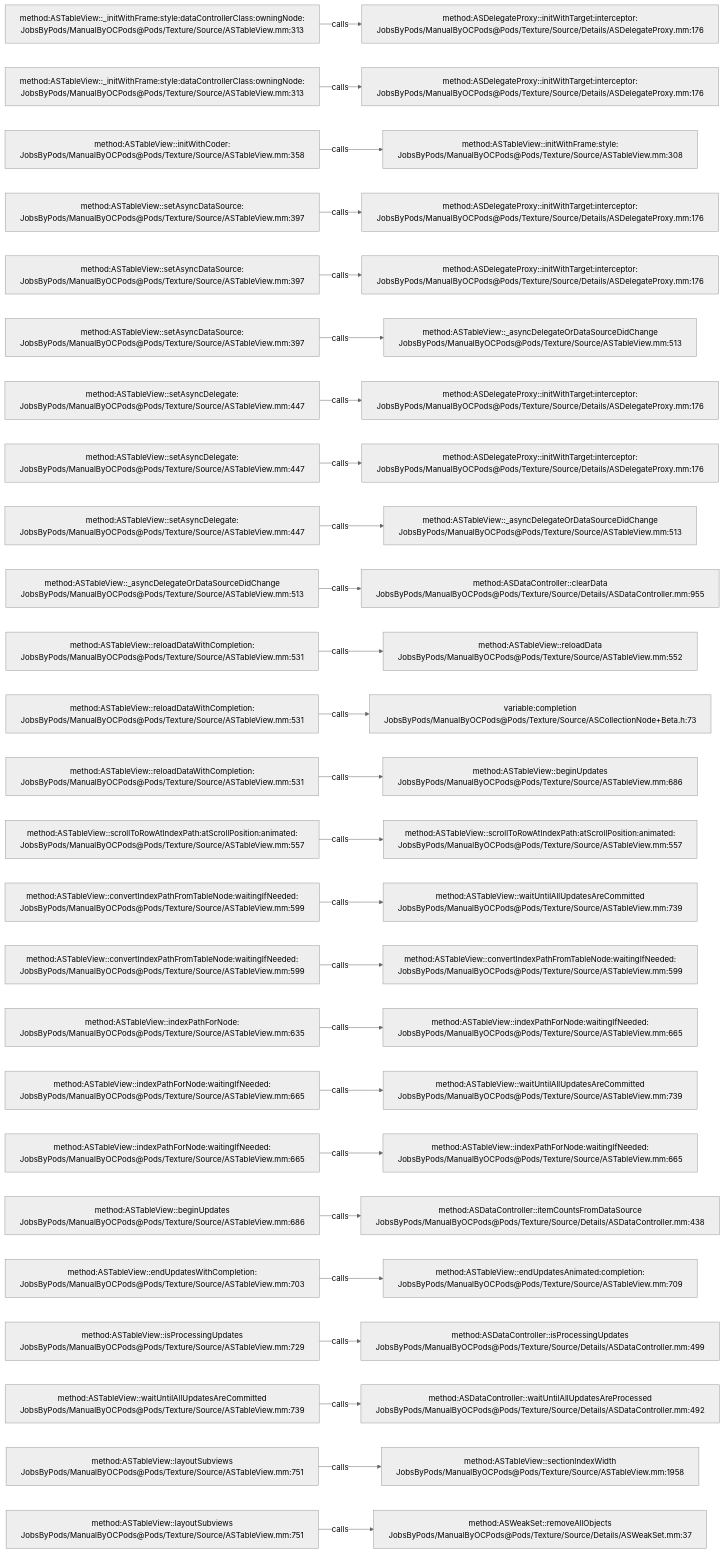
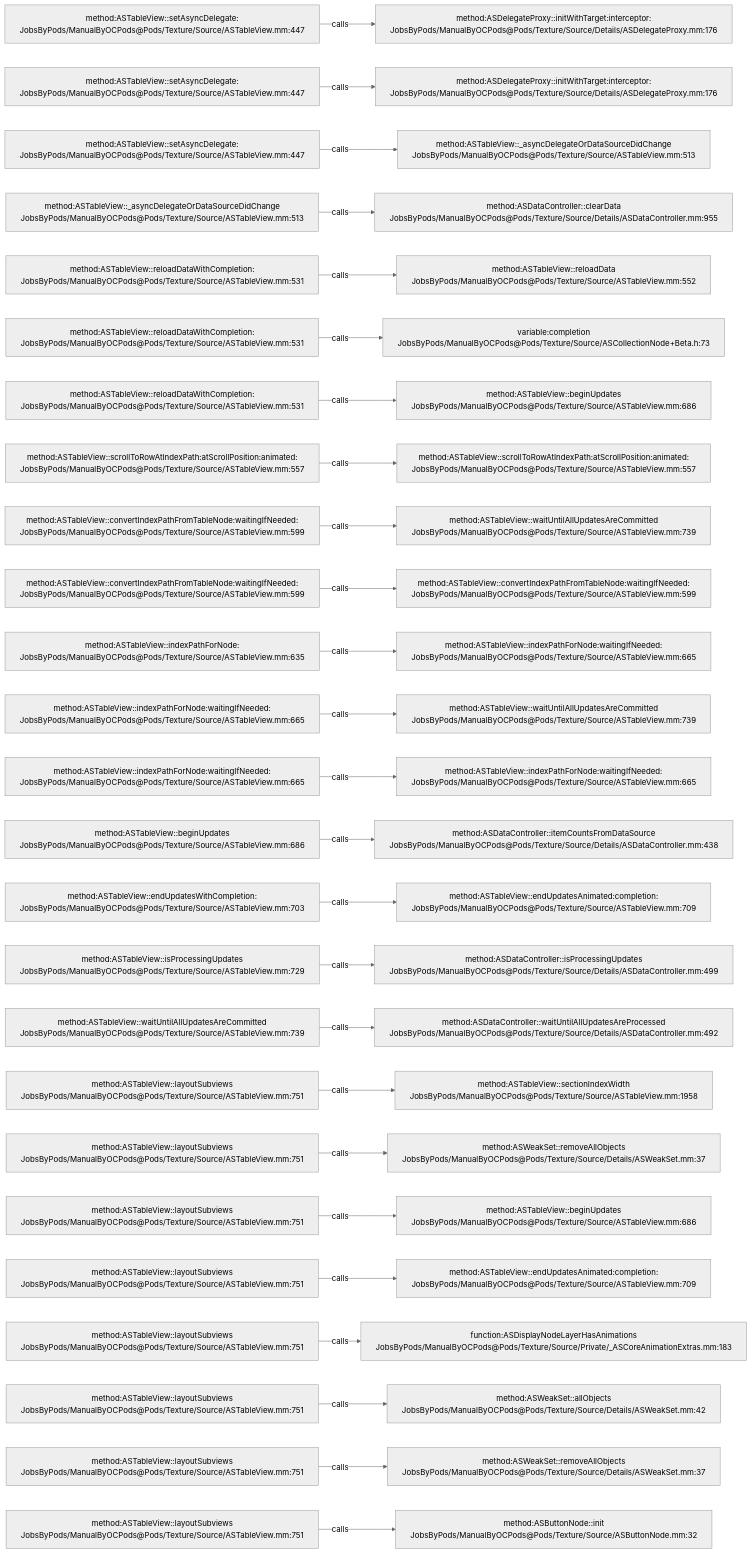
One commit to JobsKits/JobsOCBaseConfigDemo changed the diagram in .codegraph/codegraph.md/graphs/calls-119.md. Above: the diagram before and after it, drawn with Mermaid (neutral theme). The commit also changed 666 other files, not shown here.

````diff
--- a/.codegraph/codegraph.md/graphs/calls-119.md
+++ b/.codegraph/codegraph.md/graphs/calls-119.md
@@ -13,78 +13,78 @@
 ```mermaid
 flowchart LR
-  S1["method:ASTableView::_initWithFrame:style:dataControllerClass:owningNode:<br/>JobsByPods/ManualByOCPods@Pods/Texture/Source/ASTableView.mm:313"]
+  S1["method:ASTableView::setAsyncDelegate:<br/>JobsByPods/ManualByOCPods@Pods/Texture/Source/ASTableView.mm:447"]
   T1["method:ASDelegateProxy::initWithTarget:interceptor:<br/>JobsByPods/ManualByOCPods@Pods/Texture/Source/Details/ASDelegateProxy.mm:176"]
   S1 -->|calls| T1
-  S2["method:ASTableView::_initWithFrame:style:dataControllerClass:owningNode:<br/>JobsByPods/ManualByOCPods@Pods/Texture/Source/ASTableView.mm:313"]
+  S2["method:ASTableView::setAsyncDelegate:<br/>JobsByPods/ManualByOCPods@Pods/Texture/Source/ASTableView.mm:447"]
   T2["method:ASDelegateProxy::initWithTarget:interceptor:<br/>JobsByPods/ManualByOCPods@Pods/Texture/Source/Details/ASDelegateProxy.mm:176"]
   S2 -->|calls| T2
-  S3["method:ASTableView::initWithCoder:<br/>JobsByPods/ManualByOCPods@Pods/Texture/Source/ASTableView.mm:358"]
-  T3["method:ASTableView::initWithFrame:style:<br/>JobsByPods/ManualByOCPods@Pods/Texture/Source/ASTableView.mm:308"]
+  S3["method:ASTableView::setAsyncDelegate:<br/>JobsByPods/ManualByOCPods@Pods/Texture/Source/ASTableView.mm:447"]
+  T3["method:ASTableView::_asyncDelegateOrDataSourceDidChange<br/>JobsByPods/ManualByOCPods@Pods/Texture/Source/ASTableView.mm:513"]
   S3 -->|calls| T3
-  S4["method:ASTableView::setAsyncDataSource:<br/>JobsByPods/ManualByOCPods@Pods/Texture/Source/ASTableView.mm:397"]
-  T4["method:ASDelegateProxy::initWithTarget:interceptor:<br/>JobsByPods/ManualByOCPods@Pods/Texture/Source/Details/ASDelegateProxy.mm:176"]
+  S4["method:ASTableView::_asyncDelegateOrDataSourceDidChange<br/>JobsByPods/ManualByOCPods@Pods/Texture/Source/ASTableView.mm:513"]
+  T4["method:ASDataController::clearData<br/>JobsByPods/ManualByOCPods@Pods/Texture/Source/Details/ASDataController.mm:955"]
   S4 -->|calls| T4
-  S5["method:ASTableView::setAsyncDataSource:<br/>JobsByPods/ManualByOCPods@Pods/Texture/Source/ASTableView.mm:397"]
-  T5["method:ASDelegateProxy::initWithTarget:interceptor:<br/>JobsByPods/ManualByOCPods@Pods/Texture/Source/Details/ASDelegateProxy.mm:176"]
+  S5["method:ASTableView::reloadDataWithCompletion:<br/>JobsByPods/ManualByOCPods@Pods/Texture/Source/ASTableView.mm:531"]
+  T5["method:ASTableView::reloadData<br/>JobsByPods/ManualByOCPods@Pods/Texture/Source/ASTableView.mm:552"]
   S5 -->|calls| T5
-  S6["method:ASTableView::setAsyncDataSource:<br/>JobsByPods/ManualByOCPods@Pods/Texture/Source/ASTableView.mm:397"]
-  T6["method:ASTableView::_asyncDelegateOrDataSourceDidChange<br/>JobsByPods/ManualByOCPods@Pods/Texture/Source/ASTableView.mm:513"]
+  S6["method:ASTableView::reloadDataWithCompletion:<br/>JobsByPods/ManualByOCPods@Pods/Texture/Source/ASTableView.mm:531"]
+  T6["variable:completion<br/>JobsByPods/ManualByOCPods@Pods/Texture/Source/ASCollectionNode+Beta.h:73"]
   S6 -->|calls| T6
-  S7["method:ASTableView::setAsyncDelegate:<br/>JobsByPods/ManualByOCPods@Pods/Texture/Source/ASTableView.mm:447"]
-  T7["method:ASDelegateProxy::initWithTarget:interceptor:<br/>JobsByPods/ManualByOCPods@Pods/Texture/Source/Details/ASDelegateProxy.mm:176"]
+  S7["method:ASTableView::reloadDataWithCompletion:<br/>JobsByPods/ManualByOCPods@Pods/Texture/Source/ASTableView.mm:531"]
+  T7["method:ASTableView::beginUpdates<br/>JobsByPods/ManualByOCPods@Pods/Texture/Source/ASTableView.mm:686"]
   S7 -->|calls| T7
-  S8["method:ASTableView::setAsyncDelegate:<br/>JobsByPods/ManualByOCPods@Pods/Texture/Source/ASTableView.mm:447"]
-  T8["method:ASDelegateProxy::initWithTarget:interceptor:<br/>JobsByPods/ManualByOCPods@Pods/Texture/Source/Details/ASDelegateProxy.mm:176"]
+  S8["method:ASTableView::scrollToRowAtIndexPath:atScrollPosition:animated:<br/>JobsByPods/ManualByOCPods@Pods/Texture/Source/ASTableView.mm:557"]
+  T8["method:ASTableView::scrollToRowAtIndexPath:atScrollPosition:animated:<br/>JobsByPods/ManualByOCPods@Pods/Texture/Source/ASTableView.mm:557"]
   S8 -->|calls| T8
-  S9["method:ASTableView::setAsyncDelegate:<br/>JobsByPods/ManualByOCPods@Pods/Texture/Source/ASTableView.mm:447"]
-  T9["method:ASTableView::_asyncDelegateOrDataSourceDidChange<br/>JobsByPods/ManualByOCPods@Pods/Texture/Source/ASTableView.mm:513"]
+  S9["method:ASTableView::convertIndexPathFromTableNode:waitingIfNeeded:<br/>JobsByPods/ManualByOCPods@Pods/Texture/Source/ASTableView.mm:599"]
+  T9["method:ASTableView::waitUntilAllUpdatesAreCommitted<br/>JobsByPods/ManualByOCPods@Pods/Texture/Source/ASTableView.mm:739"]
   S9 -->|calls| T9
-  S10["method:ASTableView::_asyncDelegateOrDataSourceDidChange<br/>JobsByPods/ManualByOCPods@Pods/Texture/Source/ASTableView.mm:513"]
-  T10["method:ASDataController::clearData<br/>JobsByPods/ManualByOCPods@Pods/Texture/Source/Details/ASDataController.mm:955"]
+  S10["method:ASTableView::convertIndexPathFromTableNode:waitingIfNeeded:<br/>JobsByPods/ManualByOCPods@Pods/Texture/Source/ASTableView.mm:599"]
+  T10["method:ASTableView::convertIndexPathFromTableNode:waitingIfNeeded:<br/>JobsByPods/ManualByOCPods@Pods/Texture/Source/ASTableView.mm:599"]
   S10 -->|calls| T10
-  S11["method:ASTableView::reloadDataWithCompletion:<br/>JobsByPods/ManualByOCPods@Pods/Texture/Source/ASTableView.mm:531"]
-  T11["method:ASTableView::reloadData<br/>JobsByPods/ManualByOCPods@Pods/Texture/Source/ASTableView.mm:552"]
+  S11["method:ASTableView::indexPathForNode:<br/>JobsByPods/ManualByOCPods@Pods/Texture/Source/ASTableView.mm:635"]
+  T11["method:ASTableView::indexPathForNode:waitingIfNeeded:<br/>JobsByPods/ManualByOCPods@Pods/Texture/Source/ASTableView.mm:665"]
   S11 -->|calls| T11
-  S12["method:ASTableView::reloadDataWithCompletion:<br/>JobsByPods/ManualByOCPods@Pods/Texture/Source/ASTableView.mm:531"]
-  T12["variable:completion<br/>JobsByPods/ManualByOCPods@Pods/Texture/Source/ASCollectionNode+Beta.h:73"]
+  S12["method:ASTableView::indexPathForNode:waitingIfNeeded:<br/>JobsByPods/ManualByOCPods@Pods/Texture/Source/ASTableView.mm:665"]
+  T12["method:ASTableView::waitUntilAllUpdatesAreCommitted<br/>JobsByPods/ManualByOCPods@Pods/Texture/Source/ASTableView.mm:739"]
   S12 -->|calls| T12
-  S13["method:ASTableView::reloadDataWithCompletion:<br/>JobsByPods/ManualByOCPods@Pods/Texture/Source/ASTableView.mm:531"]
-  T13["method:ASTableView::beginUpdates<br/>JobsByPods/ManualByOCPods@Pods/Texture/Source/ASTableView.mm:686"]
+  S13["method:ASTableView::indexPathForNode:waitingIfNeeded:<br/>JobsByPods/ManualByOCPods@Pods/Texture/Source/ASTableView.mm:665"]
+  T13["method:ASTableView::indexPathForNode:waitingIfNeeded:<br/>JobsByPods/ManualByOCPods@Pods/Texture/Source/ASTableView.mm:665"]
   S13 -->|calls| T13
-  S14["method:ASTableView::scrollToRowAtIndexPath:atScrollPosition:animated:<br/>JobsByPods/ManualByOCPods@Pods/Texture/Source/ASTableView.mm:557"]
-  T14["method:ASTableView::scrollToRowAtIndexPath:atScrollPosition:animated:<br/>JobsByPods/ManualByOCPods@Pods/Texture/Source/ASTableView.mm:557"]
+  S14["method:ASTableView::beginUpdates<br/>JobsByPods/ManualByOCPods@Pods/Texture/Source/ASTableView.mm:686"]
+  T14["method:ASDataController::itemCountsFromDataSource<br/>JobsByPods/ManualByOCPods@Pods/Texture/Source/Details/ASDataController.mm:438"]
   S14 -->|calls| T14
-  S15["method:ASTableView::convertIndexPathFromTableNode:waitingIfNeeded:<br/>JobsByPods/ManualByOCPods@Pods/Texture/Source/ASTableView.mm:599"]
-  T15["method:ASTableView::waitUntilAllUpdatesAreCommitted<br/>JobsByPods/ManualByOCPods@Pods/Texture/Source/ASTableView.mm:739"]
+  S15["method:ASTableView::endUpdatesWithCompletion:<br/>JobsByPods/ManualByOCPods@Pods/Texture/Source/ASTableView.mm:703"]
+  T15["method:ASTableView::endUpdatesAnimated:completion:<br/>JobsByPods/ManualByOCPods@Pods/Texture/Source/ASTableView.mm:709"]
   S15 -->|calls| T15
-  S16["method:ASTableView::convertIndexPathFromTableNode:waitingIfNeeded:<br/>JobsByPods/ManualByOCPods@Pods/Texture/Source/ASTableView.mm:599"]
-  T16["method:ASTableView::convertIndexPathFromTableNode:waitingIfNeeded:<br/>JobsByPods/ManualByOCPods@Pods/Texture/Source/ASTableView.mm:599"]
+  S16["method:ASTableView::isProcessingUpdates<br/>JobsByPods/ManualByOCPods@Pods/Texture/Source/ASTableView.mm:729"]
+  T16["method:ASDataController::isProcessingUpdates<br/>JobsByPods/ManualByOCPods@Pods/Texture/Source/Details/ASDataController.mm:499"]
   S16 -->|calls| T16
-  S17["method:ASTableView::indexPathForNode:<br/>JobsByPods/ManualByOCPods@Pods/Texture/Source/ASTableView.mm:635"]
-  T17["method:ASTableView::indexPathForNode:waitingIfNeeded:<br/>JobsByPods/ManualByOCPods@Pods/Texture/Source/ASTableView.mm:665"]
+  S17["method:ASTableView::waitUntilAllUpdatesAreCommitted<br/>JobsByPods/ManualByOCPods@Pods/Texture/Source/ASTableView.mm:739"]
+  T17["method:ASDataController::waitUntilAllUpdatesAreProcessed<br/>JobsByPods/ManualByOCPods@Pods/Texture/Source/Details/ASDataController.mm:492"]
   S17 -->|calls| T17
-  S18["method:ASTableView::indexPathForNode:waitingIfNeeded:<br/>JobsByPods/ManualByOCPods@Pods/Texture/Source/ASTableView.mm:665"]
-  T18["method:ASTableView::waitUntilAllUpdatesAreCommitted<br/>JobsByPods/ManualByOCPods@Pods/Texture/Source/ASTableView.mm:739"]
+  S18["method:ASTableView::layoutSubviews<br/>JobsByPods/ManualByOCPods@Pods/Texture/Source/ASTableView.mm:751"]
+  T18["method:ASTableView::sectionIndexWidth<br/>JobsByPods/ManualByOCPods@Pods/Texture/Source/ASTableView.mm:1958"]
   S18 -->|calls| T18
-  S19["method:ASTableView::indexPathForNode:waitingIfNeeded:<br/>JobsByPods/ManualByOCPods@Pods/Texture/Source/ASTableView.mm:665"]
-  T19["method:ASTableView::indexPathForNode:waitingIfNeeded:<br/>JobsByPods/ManualByOCPods@Pods/Texture/Source/ASTableView.mm:665"]
+  S19["method:ASTableView::layoutSubviews<br/>JobsByPods/ManualByOCPods@Pods/Texture/Source/ASTableView.mm:751"]
+  T19["method:ASWeakSet::removeAllObjects<br/>JobsByPods/ManualByOCPods@Pods/Texture/Source/Details/ASWeakSet.mm:37"]
   S19 -->|calls| T19
-  S20["method:ASTableView::beginUpdates<br/>JobsByPods/ManualByOCPods@Pods/Texture/Source/ASTableView.mm:686"]
-  T20["method:ASDataController::itemCountsFromDataSource<br/>JobsByPods/ManualByOCPods@Pods/Texture/Source/Details/ASDataController.mm:438"]
+  S20["method:ASTableView::layoutSubviews<br/>JobsByPods/ManualByOCPods@Pods/Texture/Source/ASTableView.mm:751"]
+  T20["method:ASTableView::beginUpdates<br/>JobsByPods/ManualByOCPods@Pods/Texture/Source/ASTableView.mm:686"]
   S20 -->|calls| T20
-  S21["method:ASTableView::endUpdatesWithCompletion:<br/>JobsByPods/ManualByOCPods@Pods/Texture/Source/ASTableView.mm:703"]
+  S21["method:ASTableView::layoutSubviews<br/>JobsByPods/ManualByOCPods@Pods/Texture/Source/ASTableView.mm:751"]
   T21["method:ASTableView::endUpdatesAnimated:completion:<br/>JobsByPods/ManualByOCPods@Pods/Texture/Source/ASTableView.mm:709"]
   S21 -->|calls| T21
-  S22["method:ASTableView::isProcessingUpdates<br/>JobsByPods/ManualByOCPods@Pods/Texture/Source/ASTableView.mm:729"]
-  T22["method:ASDataController::isProcessingUpdates<br/>JobsByPods/ManualByOCPods@Pods/Texture/Source/Details/ASDataController.mm:499"]
+  S22["method:ASTableView::layoutSubviews<br/>JobsByPods/ManualByOCPods@Pods/Texture/Source/ASTableView.mm:751"]
+  T22["function:ASDisplayNodeLayerHasAnimations<br/>JobsByPods/ManualByOCPods@Pods/Texture/Source/Private/_ASCoreAnimationExtras.mm:183"]
   S22 -->|calls| T22
-  S23["method:ASTableView::waitUntilAllUpdatesAreCommitted<br/>JobsByPods/ManualByOCPods@Pods/Texture/Source/ASTableView.mm:739"]
-  T23["method:ASDataController::waitUntilAllUpdatesAreProcessed<br/>JobsByPods/ManualByOCPods@Pods/Texture/Source/Details/ASDataController.mm:492"]
+  S23["method:ASTableView::layoutSubviews<br/>JobsByPods/ManualByOCPods@Pods/Texture/Source/ASTableView.mm:751"]
+  T23["method:ASWeakSet::allObjects<br/>JobsByPods/ManualByOCPods@Pods/Texture/Source/Details/ASWeakSet.mm:42"]
   S23 -->|calls| T23
   S24["method:ASTableView::layoutSubviews<br/>JobsByPods/ManualByOCPods@Pods/Texture/Source/ASTableView.mm:751"]
-  T24["method:ASTableView::sectionIndexWidth<br/>JobsByPods/ManualByOCPods@Pods/Texture/Source/ASTableView.mm:1958"]
+  T24["method:ASWeakSet::removeAllObjects<br/>JobsByPods/ManualByOCPods@Pods/Texture/Source/Details/ASWeakSet.mm:37"]
   S24 -->|calls| T24
   S25["method:ASTableView::layoutSubviews<br/>JobsByPods/ManualByOCPods@Pods/Texture/Source/ASTableView.mm:751"]
-  T25["method:ASWeakSet::removeAllObjects<br/>JobsByPods/ManualByOCPods@Pods/Texture/Source/Details/ASWeakSet.mm:37"]
+  T25["method:ASButtonNode::init<br/>JobsByPods/ManualByOCPods@Pods/Texture/Source/ASButtonNode.mm:32"]
   S25 -->|calls| T25
 ```
````
